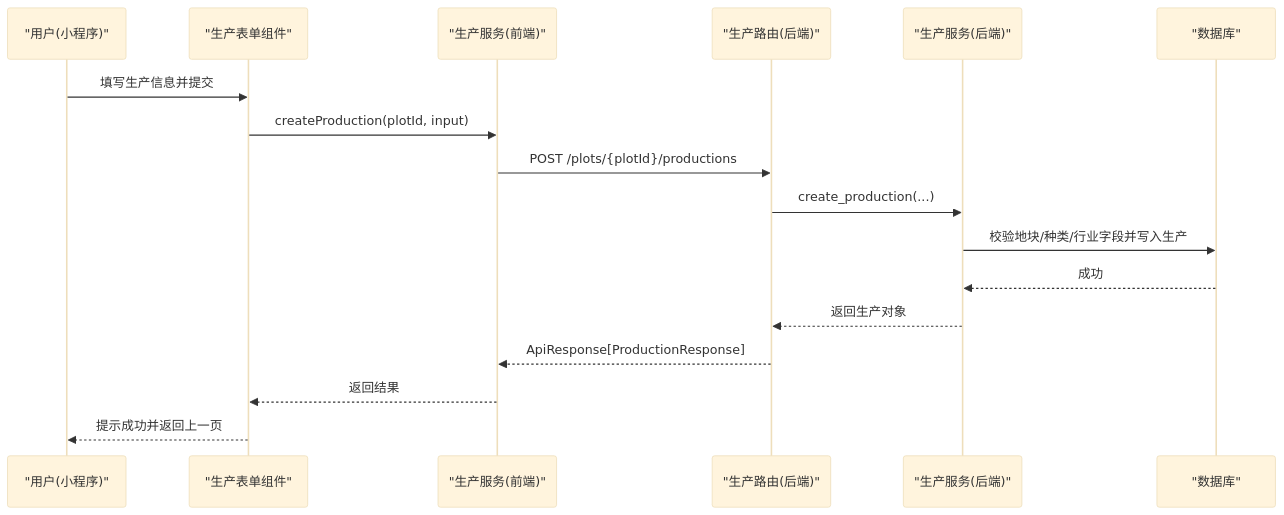
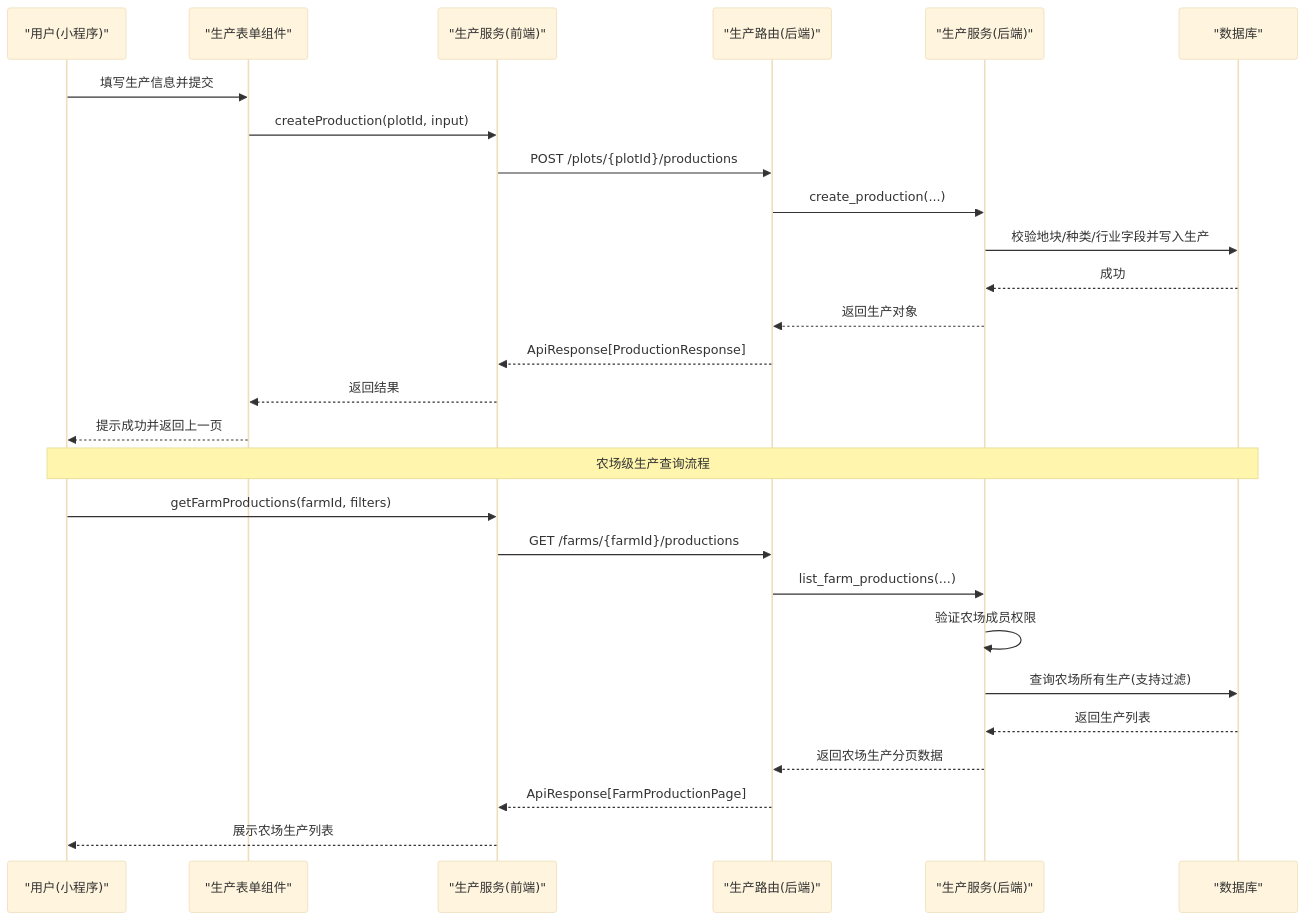
The second of 8 diagrams in .qoder/repowiki/zh/content/前端应用/生产跟踪模块.md (wungjyan/pocket-farm), drawn with Mermaid (base theme) before and after one commit. The commit also changed other lines of this file and 198 other files, not shown here.

````diff
--- a/.qoder/repowiki/zh/content/前端应用/生产跟踪模块.md
+++ b/.qoder/repowiki/zh/content/前端应用/生产跟踪模块.md
@@ -151,19 +146,29 @@
 ```mermaid
 sequenceDiagram
 participant U as "用户(小程序)"
 participant PF as "生产表单组件"
 participant SP as "生产服务(前端)"
 participant EP as "生产路由(后端)"
 participant SV as "生产服务(后端)"
 participant DB as "数据库"
 U->>PF : 填写生产信息并提交
 PF->>SP : createProduction(plotId, input)
 SP->>EP : POST /plots/{plotId}/productions
 EP->>SV : create_production(...)
 SV->>DB : 校验地块/种类/行业字段并写入生产
 DB-->>SV : 成功
 SV-->>EP : 返回生产对象
 EP-->>SP : ApiResponse[ProductionResponse]
 SP-->>PF : 返回结果
 PF-->>U : 提示成功并返回上一页
+Note over U,DB : 农场级生产查询流程
+U->>SP : getFarmProductions(farmId, filters)
+SP->>EP : GET /farms/{farmId}/productions
+EP->>SV : list_farm_productions(...)
+SV->>SV : 验证农场成员权限
+SV->>DB : 查询农场所有生产(支持过滤)
+DB-->>SV : 返回生产列表
+SV-->>EP : 返回农场生产分页数据
+EP-->>SP : ApiResponse[FarmProductionPage]
+SP-->>U : 展示农场生产列表
 ```
````
